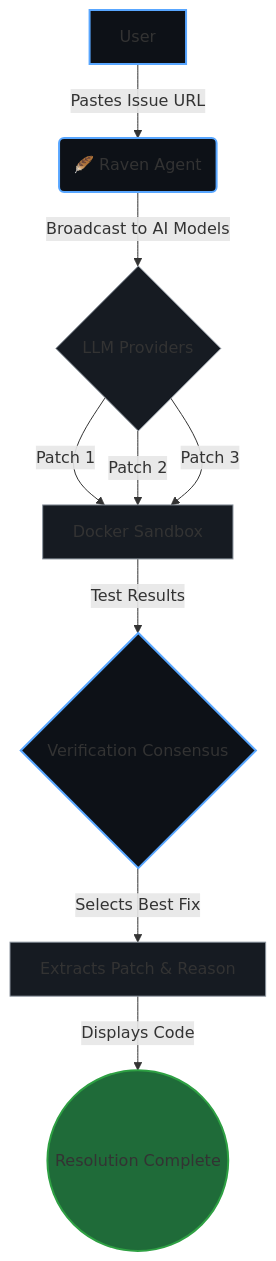
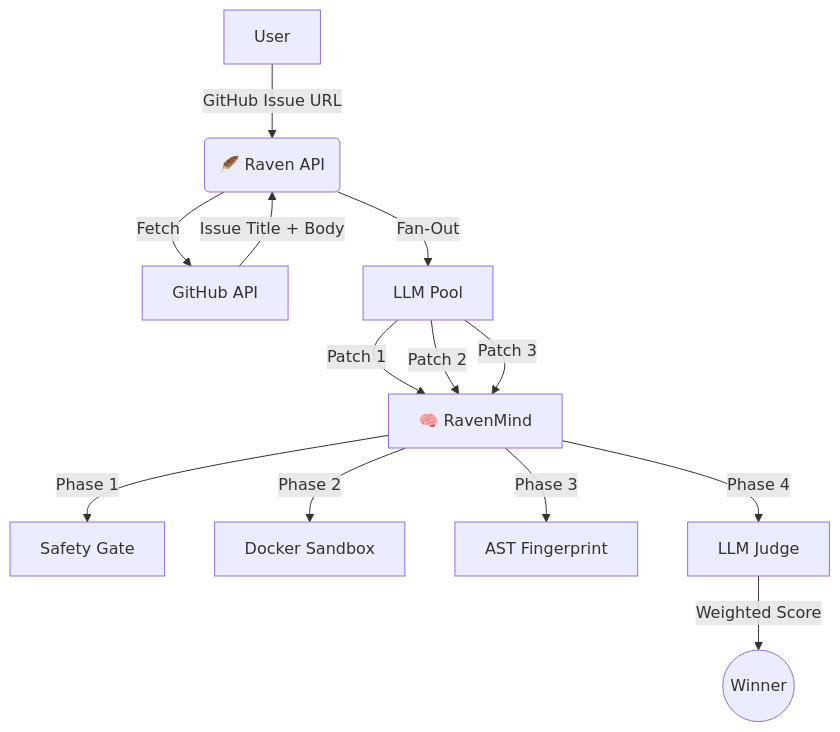
Before and after one commit to Shardz4/Raven: the diagram in README.md, drawn with Mermaid. The commit also changed other lines of this file and 28 other files, not shown here.

Commit message:
Update: Designed a unique consensus mechanism for Raven

````diff
--- a/README.md
+++ b/README.md
@@ -18,19 +24,15 @@
 ```mermaid
 graph TD
-    A[User] -->|Pastes Issue URL| B(🪶 Raven Agent)
-    B -->|Broadcast to AI Models| C{LLM Providers}
-    C -->|Patch 1| D[Docker Sandbox]
-    C -->|Patch 2| D
-    C -->|Patch 3| D
-    D -->|Test Results| E{Verification Consensus}
-    E -->|Selects Best Fix| F[Extracts Patch & Reason]
-    F -->|Displays Code| G((Resolution Complete))
-
-    classDef core fill:#0d1117,stroke:#58a6ff,stroke-width:2px;
-    classDef network fill:#161b22,stroke:#8b949e,stroke-width:1px;
-    classDef success fill:#1f6b39,stroke:#2ea043,stroke-width:2px;
-    
-    class A,B,E core;
-    class C,D,F network;
-    class G success;
+    A[User] -->|GitHub Issue URL| B(🪶 Raven API)
+    B -->|Fetch| C[GitHub API]
+    C -->|Issue Title + Body| B
+    B -->|Fan-Out| D[LLM Pool]
+    D -->|Patch 1| E["🧠 RavenMind"]
+    D -->|Patch 2| E
+    D -->|Patch 3| E
+    E -->|Phase 1| F[Safety Gate]
+    E -->|Phase 2| G[Docker Sandbox]
+    E -->|Phase 3| H[AST Fingerprint]
+    E -->|Phase 4| I[LLM Judge]
+    I -->|Weighted Score| J((Winner))
 ```
````
